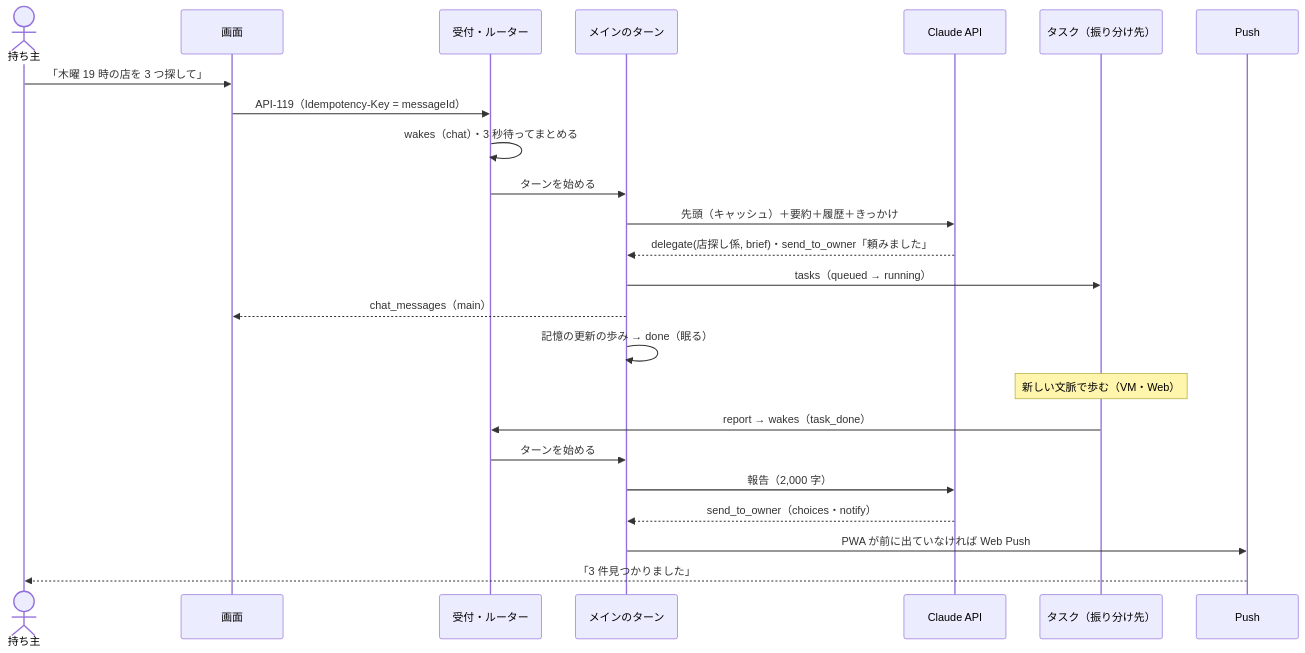
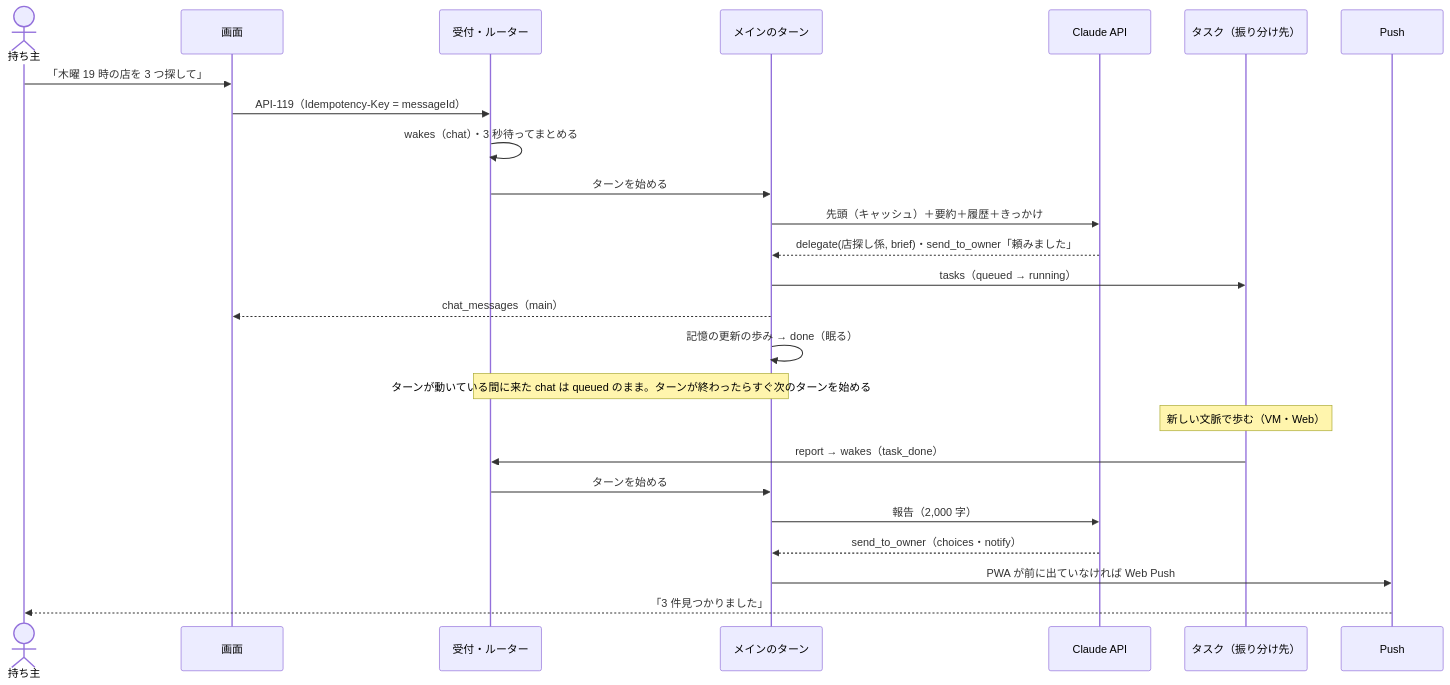
The first of 13 diagrams in docs/design/10_diagrams/sequences.md (itiwoja/agent-team), drawn with Mermaid before and after one commit. The commit also changed other lines of this file and 34 other files, not shown here.

````diff
--- a/docs/design/10_diagrams/sequences.md
+++ b/docs/design/10_diagrams/sequences.md
@@ -12,26 +12,27 @@
 ```mermaid
 sequenceDiagram
  actor O as 持ち主
  participant W as 画面
  participant IN as 受付・ルーター
  participant T as メインのターン
  participant C as Claude API
  participant TK as タスク（振り分け先）
  participant P as Push
  O->>W: 「木曜 19 時の店を 3 つ探して」
  W->>IN: API-119（Idempotency-Key = messageId）
  IN->>IN: wakes（chat）・3 秒待ってまとめる
  IN->>T: ターンを始める
  T->>C: 先頭（キャッシュ）＋要約＋履歴＋きっかけ
  C-->>T: delegate(店探し係, brief)・send_to_owner「頼みました」
  T->>TK: tasks（queued → running）
  T-->>W: chat_messages（main）
  T->>T: 記憶の更新の歩み → done（眠る）
+ Note over IN,T: ターンが動いている間に来た chat は queued のまま。ターンが終わったらすぐ次のターンを始める
  Note over TK: 新しい文脈で歩む（VM・Web）
  TK->>IN: report → wakes（task_done）
  IN->>T: ターンを始める
  T->>C: 報告（2,000 字）
  C-->>T: send_to_owner（choices・notify）
  T->>P: PWA が前に出ていなければ Web Push
  P-->>O: 「3 件見つかりました」
 ```
````
